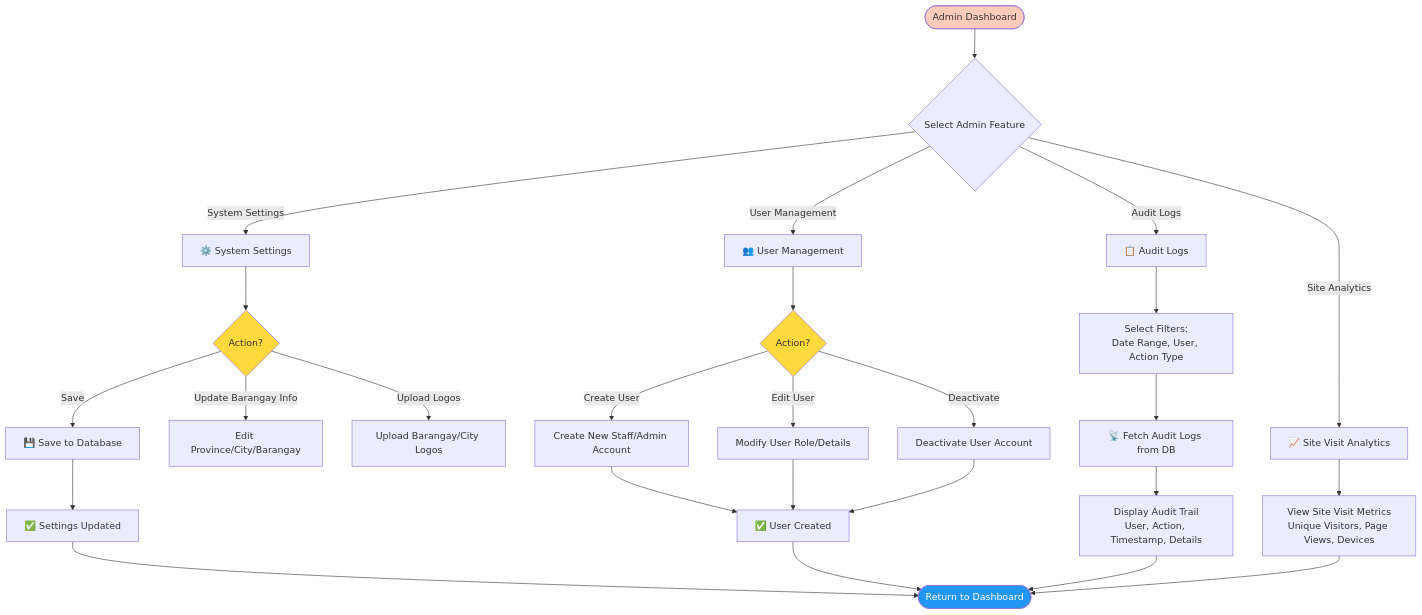
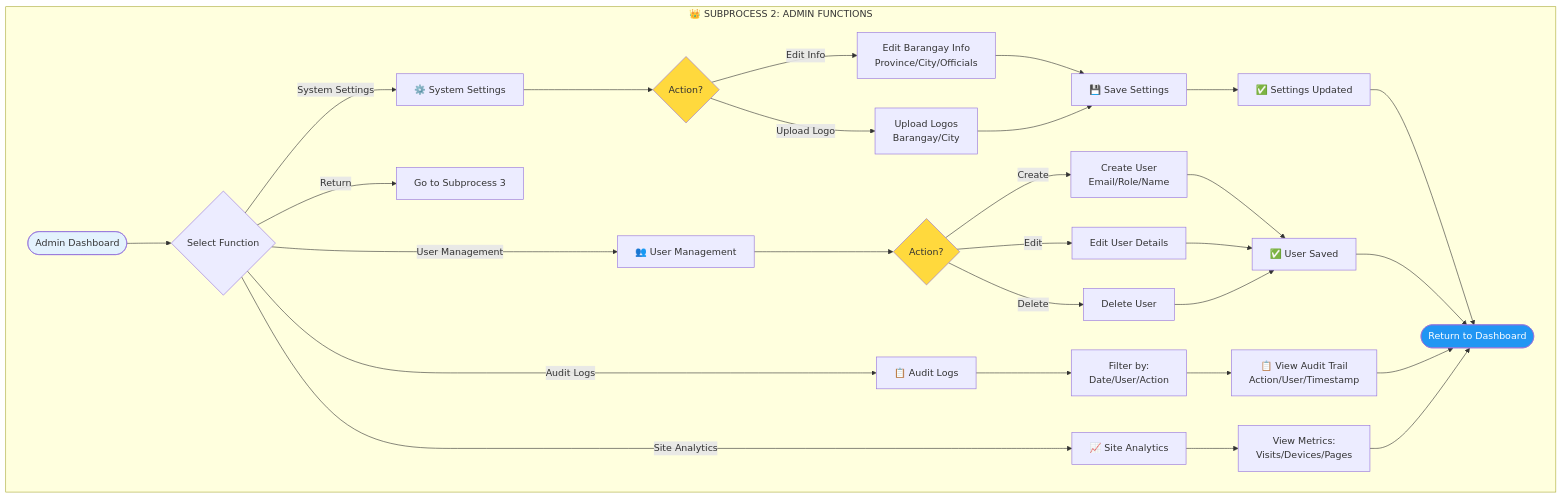
One commit to Godwynski/Final changed the fourth of 9 diagrams in README.md. Above: the diagram before and after it, drawn with Mermaid. The commit also changed other lines of this file, not shown here.

Commit message:
docs: Update and reorganize the use case diagram and system flowcharts for improved clarity and detail, including new subprocess summaries and authentication flow enhancements.

````diff
--- a/README.md
+++ b/README.md
@@ -504,41 +542,47 @@
 ```mermaid
 flowchart TD
-    Start([Admin Dashboard]) --> AdminMenu{Select Admin Feature}
+    subgraph Admin["👑 SUBPROCESS 2: ADMIN FUNCTIONS"]
+        Start([Admin Dashboard]) --> Menu{Select Function}
 
-    AdminMenu -->|System Settings| Settings[⚙️ System Settings]
-    AdminMenu -->|User Management| Users[👥 User Management]
-    AdminMenu -->|Audit Logs| Audit[📋 Audit Logs]
-    AdminMenu -->|Site Analytics| SiteVisits[📈 Site Visit Analytics]
+        Menu -->|System Settings| Settings[⚙️ System Settings]
+        Menu -->|User Management| Users[👥 User Management]
+        Menu -->|Audit Logs| Audit[📋 Audit Logs]
+        Menu -->|Site Analytics| Analytics[📈 Site Analytics]
+        Menu -->|Return| ReturnOps[Go to Subprocess 3]
 
-    Settings --> SettingsAction{Action?}
-    SettingsAction -->|Update Barangay Info| UpdateInfo[Edit Province/City/Barangay]
-    SettingsAction -->|Upload Logos| UploadLogo[Upload Barangay/City Logos]
-    SettingsAction -->|Save| SaveSettings[💾 Save to Database]
+        %% System Settings
+        Settings --> SettingsAction{Action?}
+        SettingsAction -->|Edit Info| EditBarangay[Edit Barangay Info<br/>Province/City/Officials]
+        SettingsAction -->|Upload Logo| UploadLogo[Upload Logos<br/>Barangay/City]
+        EditBarangay --> SaveSettings[💾 Save Settings]
+        UploadLogo --> SaveSettings
+        SaveSettings --> SettingsOK[✅ Settings Updated]
 
-    SaveSettings --> SettingsSuccess[✅ Settings Updated]
+        %% User Management
+        Users --> UserAction{Action?}
+        UserAction -->|Create| CreateUser[Create User<br/>Email/Role/Name]
+        UserAction -->|Edit| EditUser[Edit User Details]
+        UserAction -->|Delete| DeleteUser[Delete User]
+        CreateUser --> UserOK[✅ User Saved]
+        EditUser --> UserOK
+        DeleteUser --> UserOK
 
-    Users --> UserAction{Action?}
-    UserAction -->|Create User| CreateUser[Create New Staff/Admin Account]
-    UserAction -->|Edit User| EditUser[Modify User Role/Details]
-    UserAction -->|Deactivate| DeactivateUser[Deactivate User Account]
+        %% Audit Logs
+        Audit --> AuditFilters[Filter by:<br/>Date/User/Action]
+        AuditFilters --> ViewLogs[📋 View Audit Trail<br/>Action/User/Timestamp]
 
-    CreateUser --> UserSuccess[✅ User Created]
-    EditUser --> UserSuccess
-    DeactivateUser --> UserSuccess
+        %% Site Analytics
+        Analytics --> ViewAnalytics[View Metrics:<br/>Visits/Devices/Pages]
 
-    Audit --> SelectFilters[Select Filters:<br/>Date Range, User, Action Type]
-    SelectFilters --> FetchLogs[📡 Fetch Audit Logs from DB]
-    FetchLogs --> DisplayLogs[Display Audit Trail<br/>User, Action, Timestamp, Details]
+        %% End States
+        SettingsOK --> End([Return to Dashboard])
+        UserOK --> End
+        ViewLogs --> End
+        ViewAnalytics --> End
+    end
 
-    SiteVisits --> ViewVisits[View Site Visit Metrics<br/>Unique Visitors, Page Views, Devices]
-
-    SettingsSuccess --> End([Return to Dashboard])
-    UserSuccess --> End
-    DisplayLogs --> End
-    ViewVisits --> End
-
-    style Start fill:#ffccbc
+    style Start fill:#e3f2fd
     style End fill:#2196F3,color:#fff
     style SettingsAction fill:#ffd93d
     style UserAction fill:#ffd93d
 ```
````
